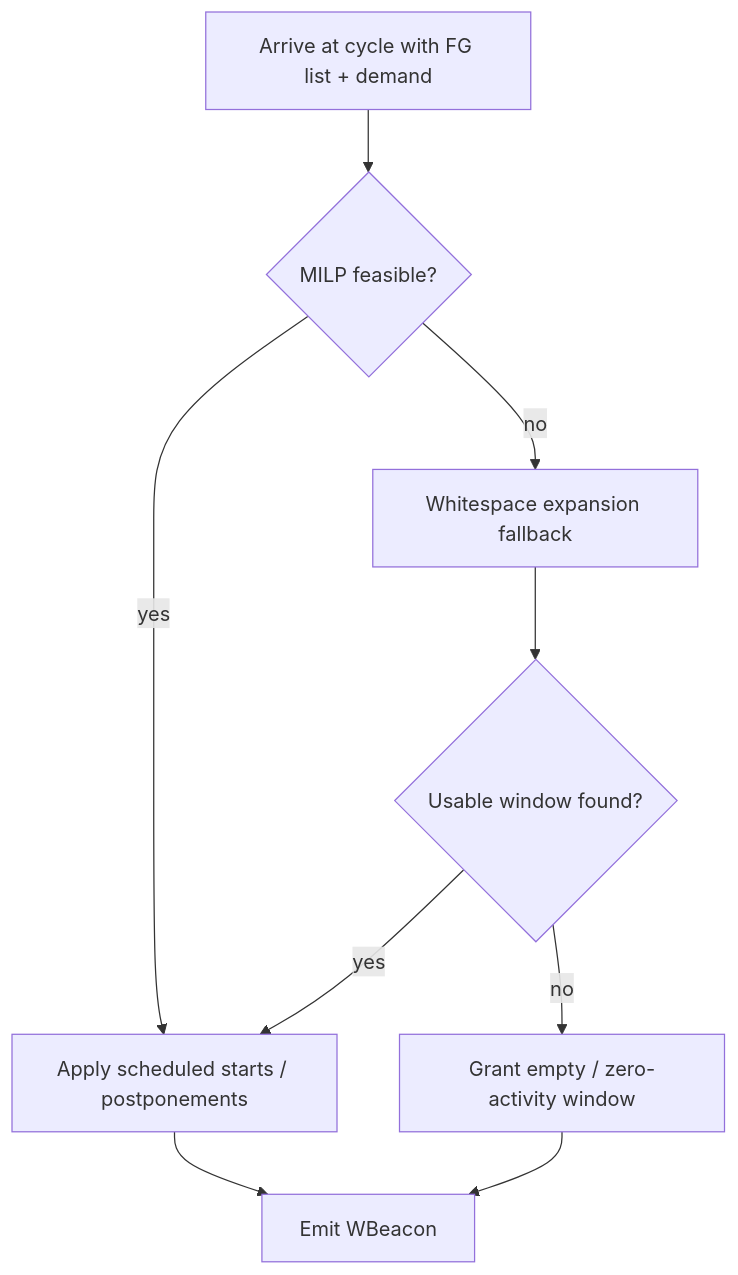
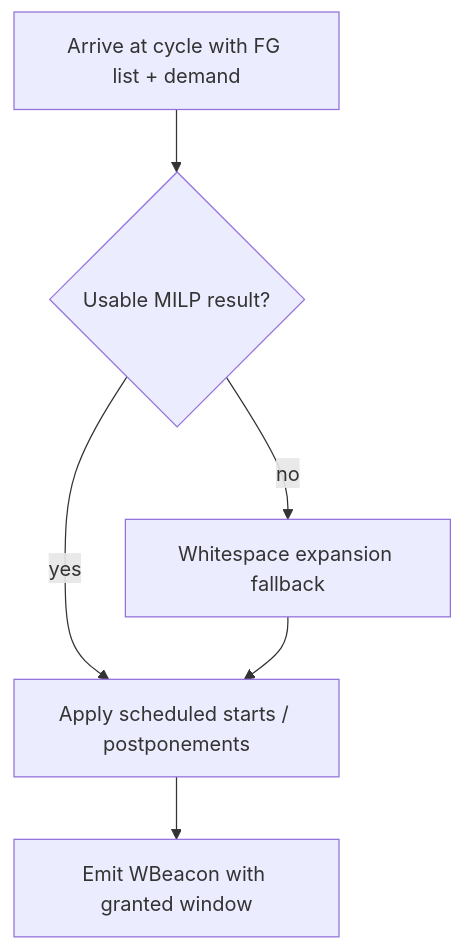
One commit to upayanmazumder/cowicmac-case-study changed the second of 2 diagrams in reviews/study_guide_nitesh.md. Above: the diagram before and after it, drawn with Mermaid. The commit also changed other lines of this file and 11 other files, not shown here.

````diff
--- a/reviews/study_guide_nitesh.md
+++ b/reviews/study_guide_nitesh.md
@@ -161,11 +167,8 @@
 ```mermaid
 flowchart TD
-  A[Arrive at cycle with FG list + demand] --> B{MILP feasible?}
+  A[Arrive at cycle with FG list + demand] --> B{Usable MILP result?}
   B -->|yes| C[Apply scheduled starts / postponements]
   B -->|no| D[Whitespace expansion fallback]
-  D --> E{Usable window found?}
-  E -->|yes| C
-  E -->|no| F[Grant empty / zero-activity window]
-  C --> G[Emit WBeacon]
-  F --> G
+  D --> C
+  C --> E[Emit WBeacon with granted window]
 ```
````
